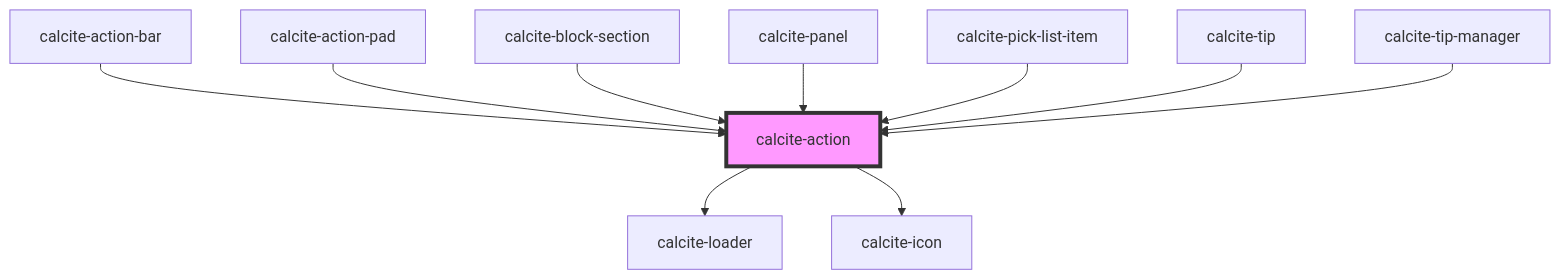
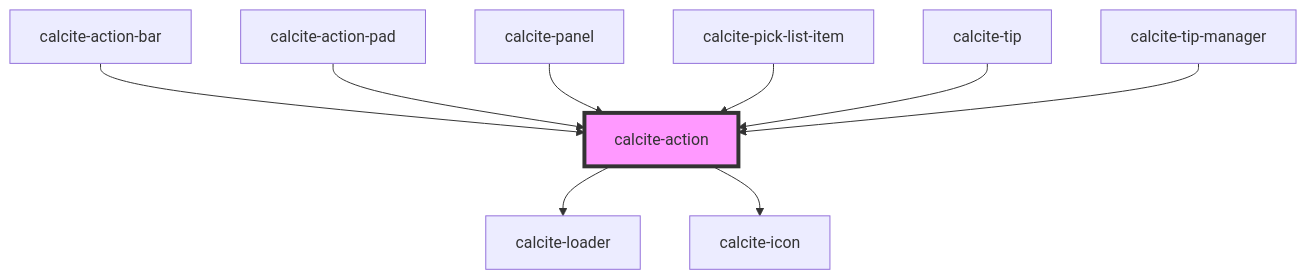
The diagram in src/components/calcite-action/readme.md (vikivakarvc/calcite-design-system), drawn with Mermaid before and after one commit. The commit also changed other lines of this file and 21 other files, not shown here.

````diff
--- a/src/components/calcite-action/readme.md
+++ b/src/components/calcite-action/readme.md
@@ -85,13 +84,12 @@
 ```mermaid
 graph TD;
   calcite-action --> calcite-loader
   calcite-action --> calcite-icon
   calcite-action-bar --> calcite-action
   calcite-action-pad --> calcite-action
-  calcite-block-section --> calcite-action
   calcite-panel --> calcite-action
   calcite-pick-list-item --> calcite-action
   calcite-tip --> calcite-action
   calcite-tip-manager --> calcite-action
   style calcite-action fill:#f9f,stroke:#333,stroke-width:4px
 ```
````
